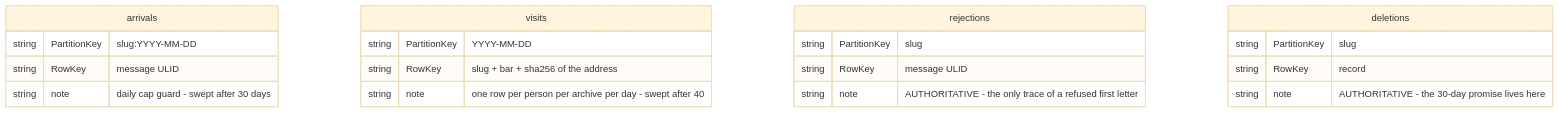
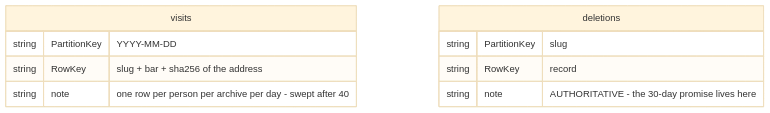
One commit to kurtzeborn/mission-journal changed diagram 12 of 16 in docs/architecture.md. Above: the diagram before and after it, drawn with Mermaid (base theme). The commit also changed other lines of this file, not shown here.

First line of the commit message:
Make architecture table diagrams readable

````diff
--- a/docs/architecture.md
+++ b/docs/architecture.md
@@ -237,23 +271,13 @@
 ```mermaid
 erDiagram
-    arrivals {
-        string PartitionKey "slug:YYYY-MM-DD"
-        string RowKey "message ULID"
-        string note "daily cap guard - swept after 30 days"
-    }
     visits {
         string PartitionKey "YYYY-MM-DD"
         string RowKey "slug + bar + sha256 of the address"
         string note "one row per person per archive per day - swept after 40"
-    }
-    rejections {
-        string PartitionKey "slug"
-        string RowKey "message ULID"
-        string note "AUTHORITATIVE - the only trace of a refused first letter"
     }
     deletions {
         string PartitionKey "slug"
         string RowKey "record"
         string note "AUTHORITATIVE - the 30-day promise lives here"
     }
 ```
````
